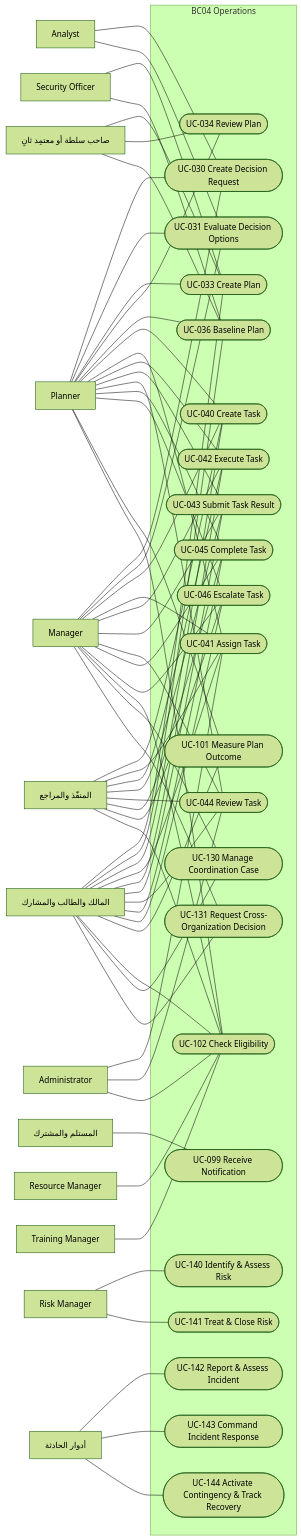
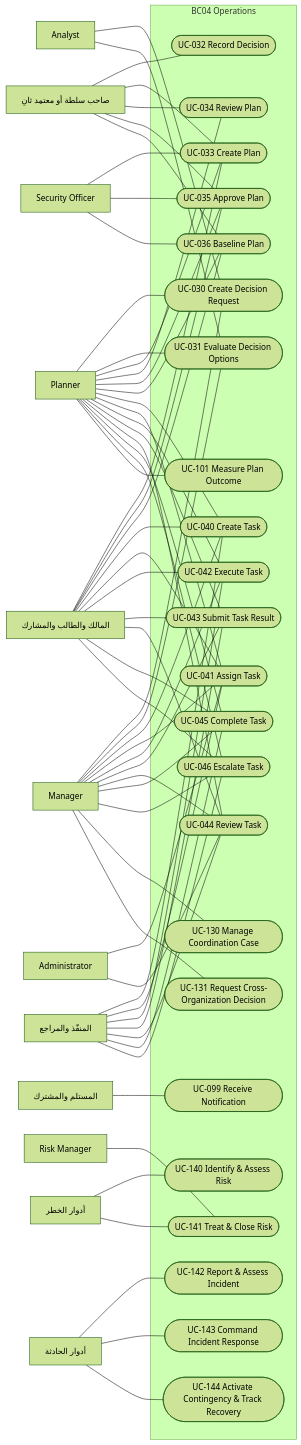
Before and after one commit to Ayoubkhattab/Planing: the fourth of 8 diagrams in spec/18-analysis-design/04-use-cases.md, drawn with Mermaid (forest theme). The commit also changed other lines of this file and 9 other files, not shown here.

```diff
--- a/spec/18-analysis-design/04-use-cases.md
+++ b/spec/18-analysis-design/04-use-cases.md
@@ -228,21 +189,22 @@
   ACT_02["Manager"]
   ACT_03["Planner"]
   ACT_04["Analyst"]
-  ACT_07["Resource Manager"]
   ACT_09["Risk Manager"]
-  ACT_10["Training Manager"]
   ACT_13["Security Officer"]
   ACT_15["Administrator"]
   AUTH_GRANT["صاحب سلطة أو معتمِد ثانٍ"]
   REL_INCIDENT["أدوار الحادثة"]
   REL_OWNER["المالك والطالب والمشارك"]
   REL_RECIPIENT["المستلم والمشترك"]
+  REL_RISK["أدوار الخطر"]
   REL_TASK["المنفّذ والمراجع"]
   subgraph BC04["BC04 Operations"]
     UC030(["UC-030 Create Decision Request"])
     UC031(["UC-031 Evaluate Decision Options"])
+    UC032(["UC-032 Record Decision"])
     UC033(["UC-033 Create Plan"])
     UC034(["UC-034 Review Plan"])
+    UC035(["UC-035 Approve Plan"])
     UC036(["UC-036 Baseline Plan"])
     UC040(["UC-040 Create Task"])
     UC041(["UC-041 Assign Task"])
@@ -253,7 +215,6 @@
     UC046(["UC-046 Escalate Task"])
     UC099(["UC-099 Receive Notification"])
     UC101(["UC-101 Measure Plan Outcome"])
-    UC102(["UC-102 Check Eligibility"])
     UC130(["UC-130 Manage Coordination Case"])
     UC131(["UC-131 Request Cross-Organization Decision"])
     UC140(["UC-140 Identify & Assess Risk"])
@@ -268,12 +229,17 @@
   ACT_02 --- UC031
   ACT_03 --- UC031
   ACT_04 --- UC031
+  AUTH_GRANT --- UC032
   ACT_03 --- UC033
   ACT_13 --- UC033
   AUTH_GRANT --- UC033
   REL_OWNER --- UC033
   ACT_03 --- UC034
   AUTH_GRANT --- UC034
+  ACT_03 --- UC035
+  ACT_13 --- UC035
+  AUTH_GRANT --- UC035
+  REL_OWNER --- UC035
   ACT_03 --- UC036
   ACT_13 --- UC036
   AUTH_GRANT --- UC036
@@ -310,20 +276,11 @@
   REL_TASK --- UC046
   REL_RECIPIENT --- UC099
   ACT_03 --- UC101
-  REL_OWNER --- UC101
-  ACT_02 --- UC102
-  ACT_03 --- UC102
-  ACT_07 --- UC102
-  ACT_10 --- UC102
-  ACT_15 --- UC102
-  REL_OWNER --- UC102
-  REL_TASK --- UC102
   ACT_02 --- UC130
-  REL_OWNER --- UC130
   ACT_02 --- UC131
-  REL_OWNER --- UC131
-  ACT_09 --- UC140
+  REL_RISK --- UC140
   ACT_09 --- UC141
+  REL_RISK --- UC141
   REL_INCIDENT --- UC142
   REL_INCIDENT --- UC143
   REL_INCIDENT --- UC144
```
